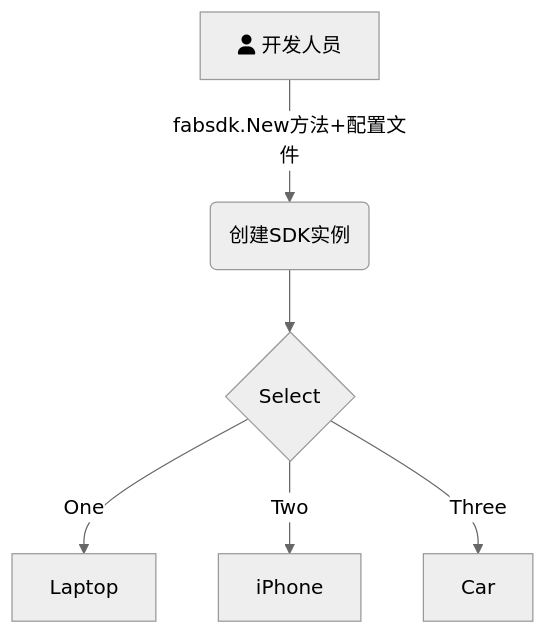
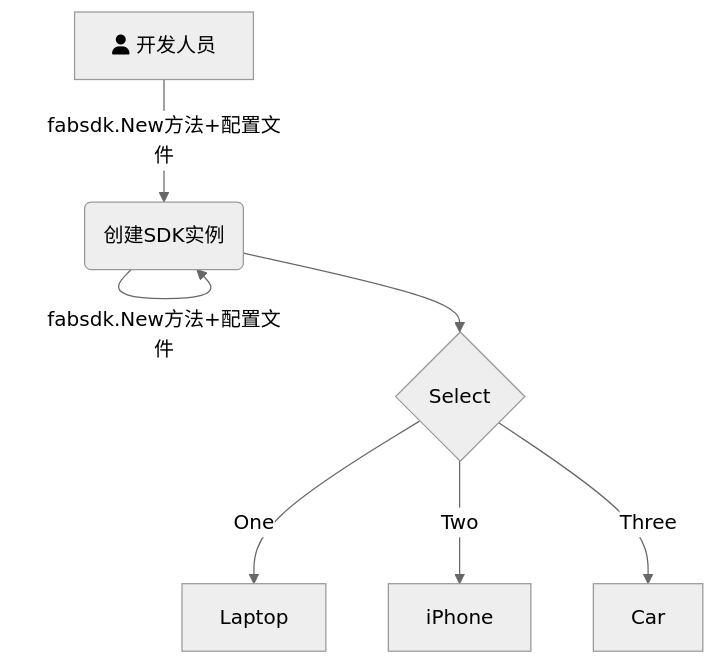
Before and after one commit to Utekichan/iodraw-files: the diagram in all/未命名.md, drawn with Mermaid (neutral theme).

Commit message:
2024-03-30 22:06:23 update

````diff
--- a/all/未命名.md
+++ b/all/未命名.md
@@ -1,10 +1,10 @@
 ```mermaid
 graph TD
     A[fa:fa-user 开发人员] -->|fabsdk.New方法+配置文件| B(创建SDK实例)
-    
+    -->|fabsdk.New方法+配置文件| B(创建SDK实例)
     B --> C{Select}
     C -->|One| D[Laptop]
     C -->|Two| E[iPhone]
     C -->|Three| F[Car]
   
 ```
````
